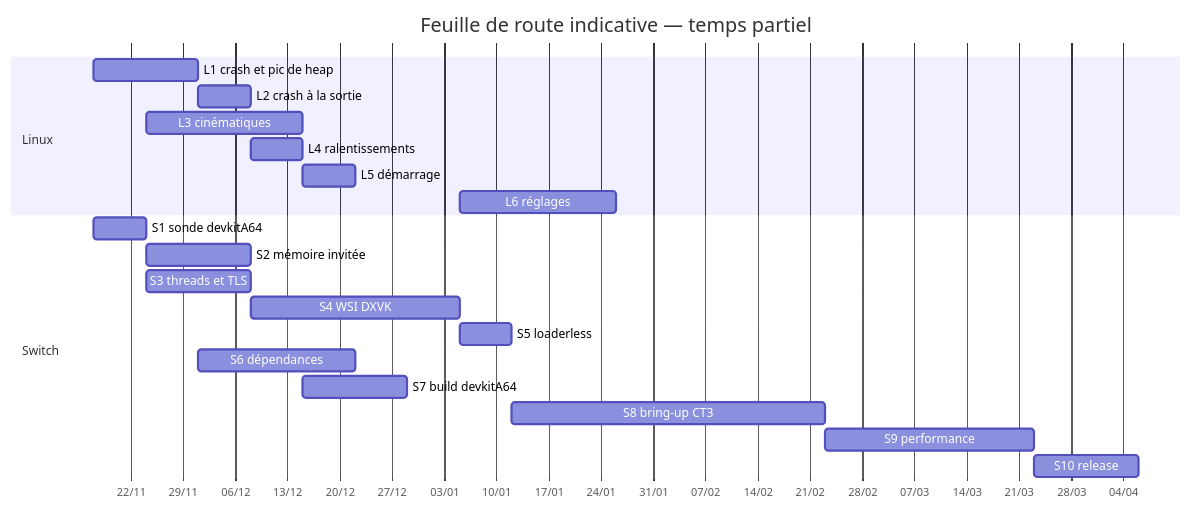
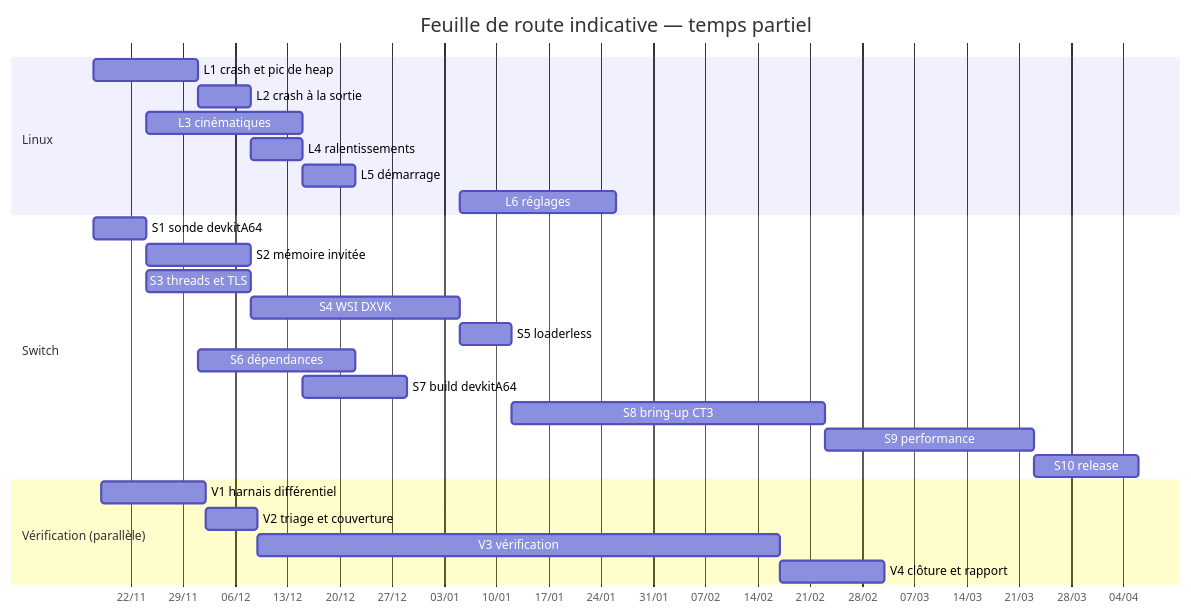
The second of 2 diagrams in docs/ROADMAP.md (sdiraimondo/ct3-recomp), drawn with Mermaid before and after one commit. The commit also changed other lines of this file and 6 other files, not shown here.

````diff
--- a/docs/ROADMAP.md
+++ b/docs/ROADMAP.md
@@ -113,26 +136,32 @@
 ```mermaid
 gantt
   title Feuille de route indicative — temps partiel
   dateFormat  YYYY-MM-DD
   axisFormat  %d/%m
 
   section Linux
   L1 crash et pic de heap   :l1, 2026-11-17, 14d
   L2 crash à la sortie      :l2, after l1, 7d
   L3 cinématiques           :l3, 2026-11-24, 21d
   L4 ralentissements        :l4, 2026-12-08, 7d
   L5 démarrage              :l5, 2026-12-15, 7d
   L6 réglages               :l6, 2027-01-05, 21d
 
   section Switch
   S1 sonde devkitA64        :s1, 2026-11-17, 7d
   S2 mémoire invitée        :s2, after s1, 14d
   S3 threads et TLS         :s3, after s1, 14d
   S4 WSI DXVK               :s4, after s2, 28d
   S5 loaderless             :s5, after s4, 7d
   S6 dépendances            :s6, 2026-12-01, 21d
   S7 build devkitA64        :s7, 2026-12-15, 14d
   S8 bring-up CT3           :s8, after s5, 42d
   S9 performance            :s9, after s8, 28d
   S10 release               :s10, after s9, 14d
+
+  section Vérification (parallèle)
+  V1 harnais différentiel   :v1, 2026-11-18, 14d
+  V2 triage et couverture   :v2, after v1, 7d
+  V3 vérification           :v3, after v2, 70d
+  V4 clôture et rapport     :v4, after v3, 14d
 ```
````
